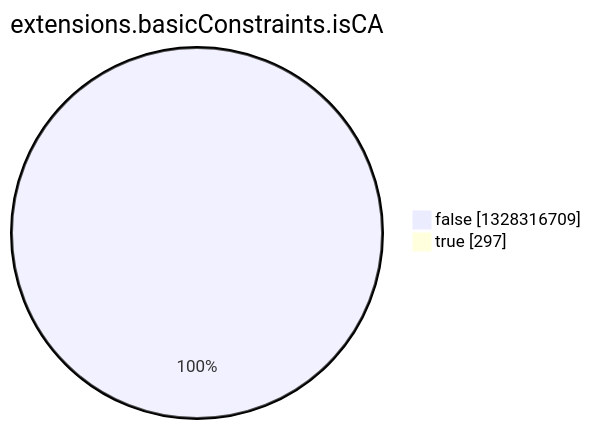
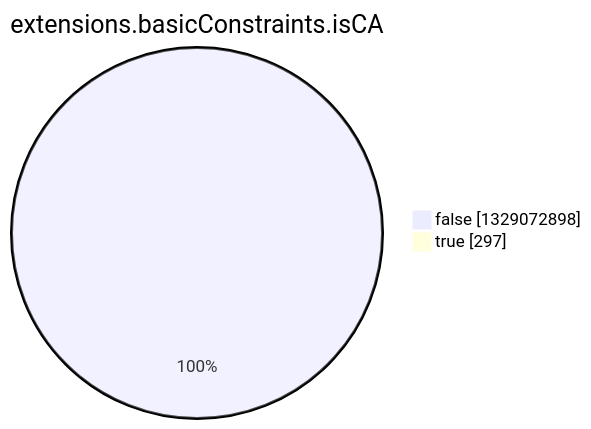
Before and after one commit to christiankrug/ctmonitor_visualization: the eighth of 15 diagrams in argon2022/README.md, drawn with Mermaid. The commit also changed other lines of this file, not shown here.

````diff
--- a/argon2022/README.md
+++ b/argon2022/README.md
@@ -2758,6 +2758,6 @@
 ```mermaid
 pie showData
 title extensions.basicConstraints.isCA
-"false" :1328316709
+"false" :1329072898
 "true" :297
 ```
````
